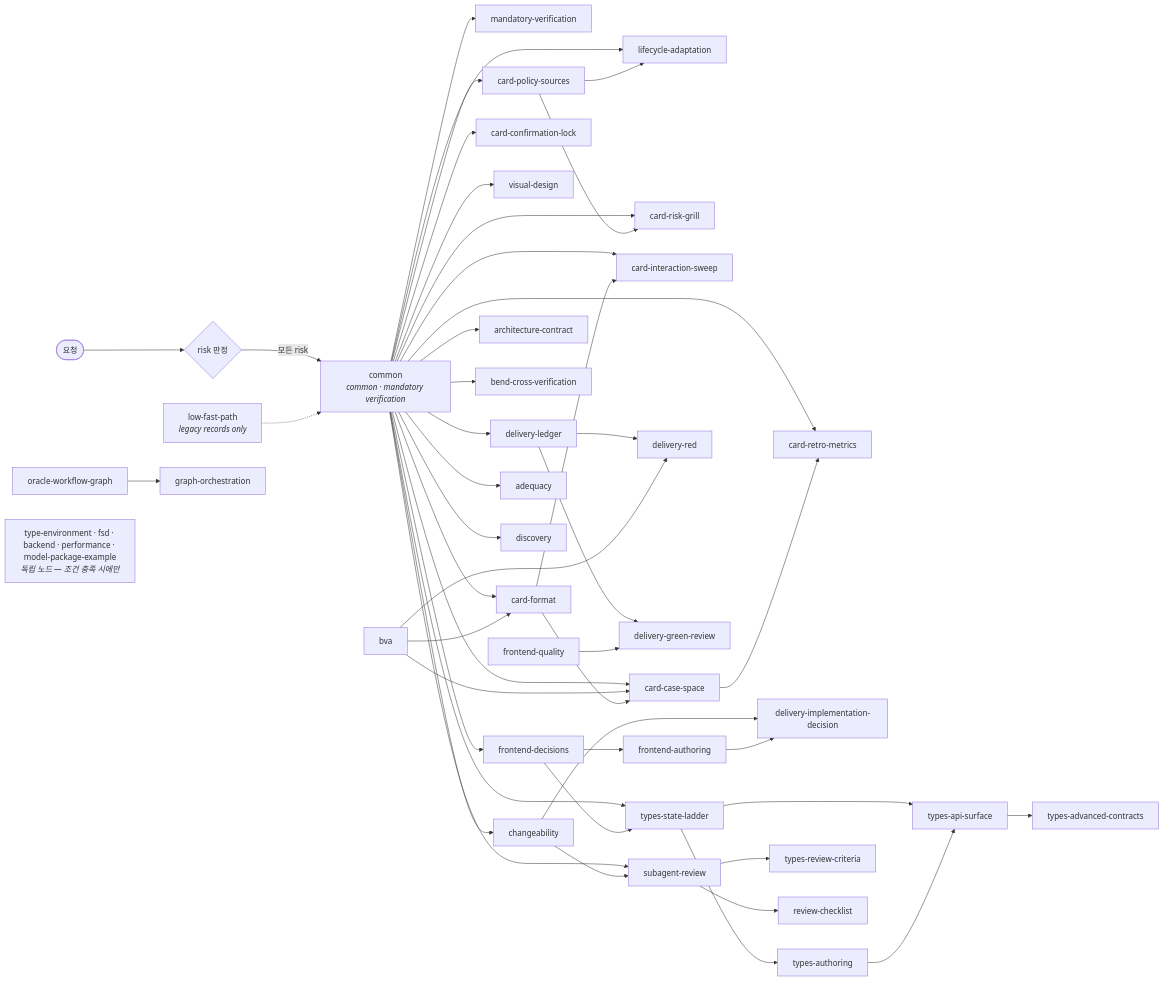
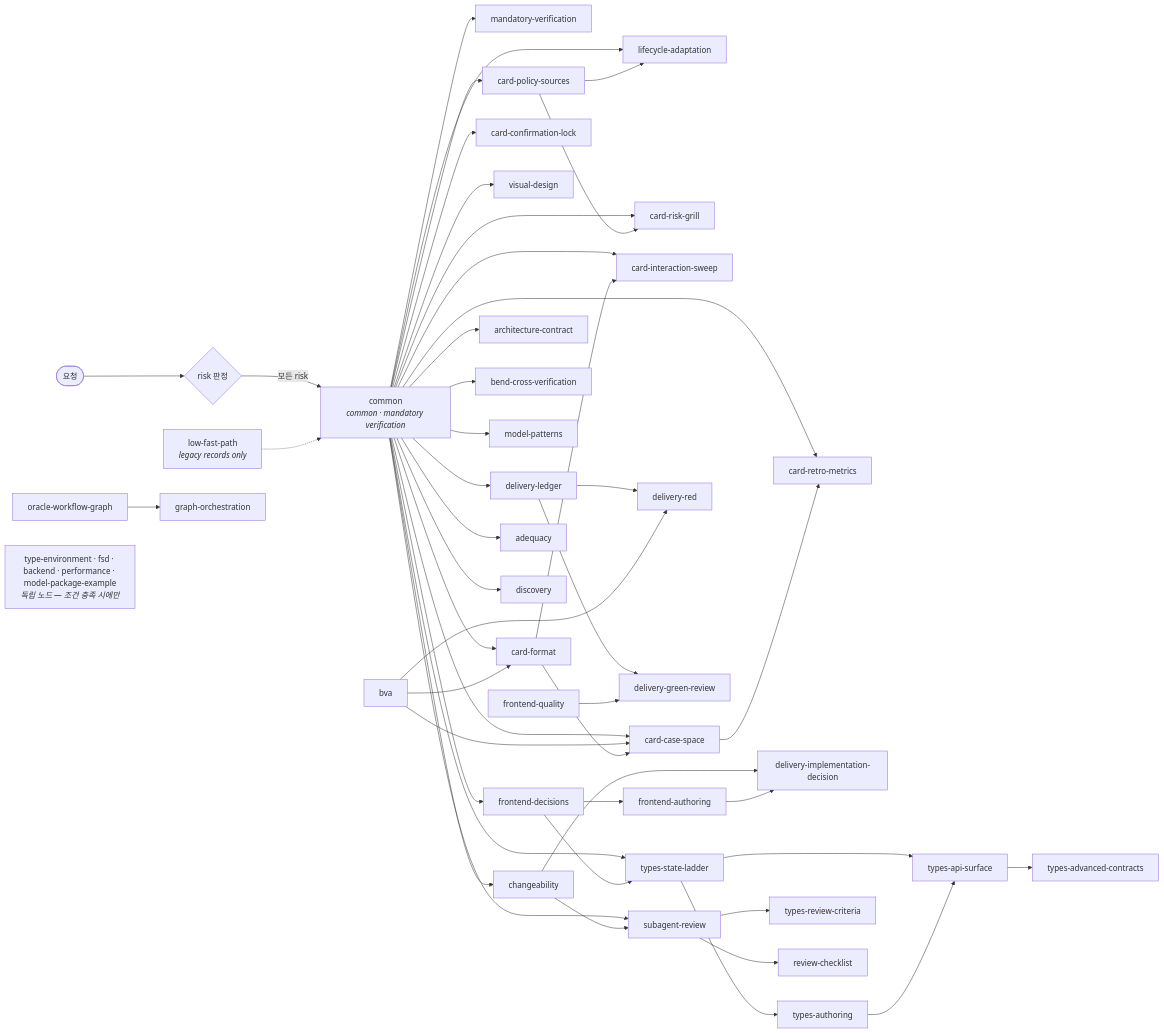
One commit to lodado/shareds changed the second of 2 diagrams in packages/frontend-oracle-design/skills/README.md. Above: the diagram before and after it, drawn with Mermaid. The commit also changed 11 other files, not shown here.

First line of the commit message:
feat(frontend-oracle-design): model-patterns node and observation-only family lint (0.72.0)

````diff
--- a/packages/frontend-oracle-design/skills/README.md
+++ b/packages/frontend-oracle-design/skills/README.md
@@ -151,79 +151,81 @@
 ```mermaid
 flowchart LR
   START(["요청"]) --> RISK{"risk 판정"}
   RISK -->|"모든 risk"| common["common<br/><i>common · mandatory verification</i>"]
   LEGACY["low-fast-path<br/><i>legacy records only</i>"] -.-> common
 
   mandatory_verification["mandatory-verification"]
   card_policy_sources["card-policy-sources"]
   lifecycle_adaptation["lifecycle-adaptation"]
   card_risk_grill["card-risk-grill"]
   card_format["card-format"]
   card_interaction_sweep["card-interaction-sweep"]
   card_case_space["card-case-space"]
   card_retro_metrics["card-retro-metrics"]
   card_confirmation_lock["card-confirmation-lock"]
   visual_design["visual-design"]
   delivery_ledger["delivery-ledger"]
   delivery_red["delivery-red"]
   delivery_implementation_decision["delivery-implementation-decision"]
   delivery_green_review["delivery-green-review"]
   frontend_decisions["frontend-decisions"]
   frontend_authoring["frontend-authoring"]
   frontend_quality["frontend-quality"]
   architecture_contract["architecture-contract"]
   types_state_ladder["types-state-ladder"]
   types_authoring["types-authoring"]
   types_api_surface["types-api-surface"]
   types_advanced_contracts["types-advanced-contracts"]
   types_review_criteria["types-review-criteria"]
   subagent_review["subagent-review"]
   review_checklist["review-checklist"]
   graph_orchestration["graph-orchestration"]
   bend_cross_verification["bend-cross-verification"]
+  model_patterns["model-patterns"]
   oracle_workflow_graph["oracle-workflow-graph"]
 
   common --> mandatory_verification
   common --> card_policy_sources
   common --> lifecycle_adaptation
   card_policy_sources --> lifecycle_adaptation
   common --> card_risk_grill
   card_policy_sources --> card_risk_grill
   common --> card_format
   bva --> card_format
   common --> card_interaction_sweep
   card_format --> card_interaction_sweep
   common --> card_case_space
   bva --> card_case_space
   card_format --> card_case_space
   common --> card_retro_metrics
   card_case_space --> card_retro_metrics
   common --> card_confirmation_lock
   common --> visual_design
   common --> delivery_ledger
   delivery_ledger --> delivery_red
   bva --> delivery_red
   changeability --> delivery_implementation_decision
   frontend_authoring --> delivery_implementation_decision
   delivery_ledger --> delivery_green_review
   frontend_quality --> delivery_green_review
   common --> changeability
   common --> frontend_decisions
   frontend_decisions --> frontend_authoring
   common --> architecture_contract
   common --> types_state_ladder
   frontend_decisions --> types_state_ladder
   types_state_ladder --> types_authoring
   types_state_ladder --> types_api_surface
   types_authoring --> types_api_surface
   types_api_surface --> types_advanced_contracts
   subagent_review --> types_review_criteria
   common --> subagent_review
   changeability --> subagent_review
   subagent_review --> review_checklist
   oracle_workflow_graph --> graph_orchestration
   common --> bend_cross_verification
+  common --> model_patterns
   common --> adequacy
   common --> discovery
   IND["type-environment · fsd · backend · performance · model-package-example<br/><i>독립 노드 — 조건 충족 시에만</i>"]
 ```
````
